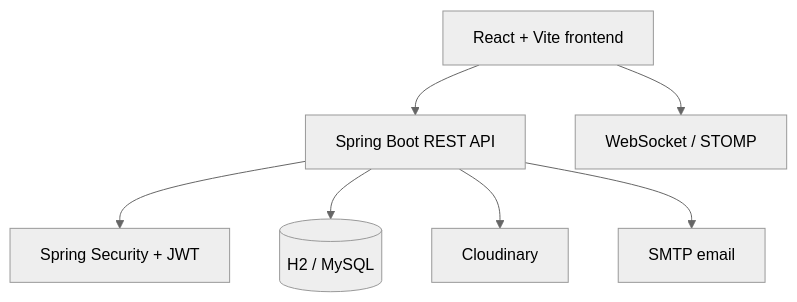
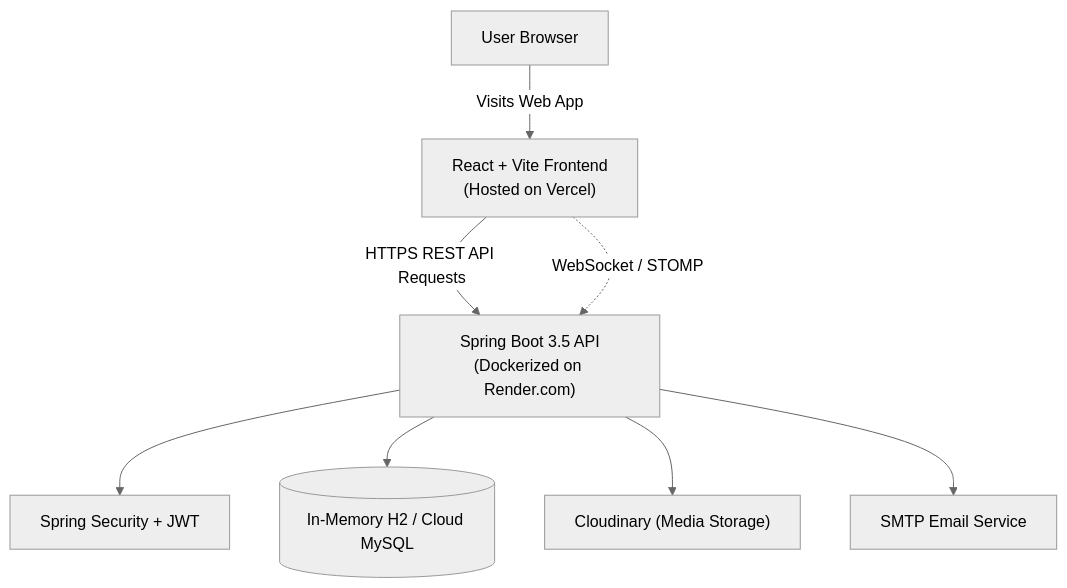
The diagram in README.md (chandrika131105/Syncro_Learn), drawn with Mermaid (neutral theme) before and after one commit. The commit also changed other lines of this file, not shown here.

Commit message:
docs: add live demo links, demo credentials, and cloud architecture to README

````diff
--- a/README.md
+++ b/README.md
@@ -198,10 +217,10 @@
 ```mermaid
 flowchart TD
-    Browser[React + Vite frontend]
-    Browser --> API[Spring Boot REST API]
-    Browser --> Socket[WebSocket / STOMP]
-    API --> Security[Spring Security + JWT]
-    API --> Data[(H2 / MySQL)]
-    API --> Media[Cloudinary]
-    API --> Mail[SMTP email]
+    Client["User Browser"] -->|Visits Web App| Vercel["React + Vite Frontend\n(Hosted on Vercel)"]
+    Vercel -->|HTTPS REST API Requests| Render["Spring Boot 3.5 API\n(Dockerized on Render.com)"]
+    Vercel -.->|WebSocket / STOMP| Render
+    Render --> Security["Spring Security + JWT"]
+    Render --> Data[("In-Memory H2 / Cloud MySQL")]
+    Render --> Media["Cloudinary (Media Storage)"]
+    Render --> Mail["SMTP Email Service"]
 ```
````
